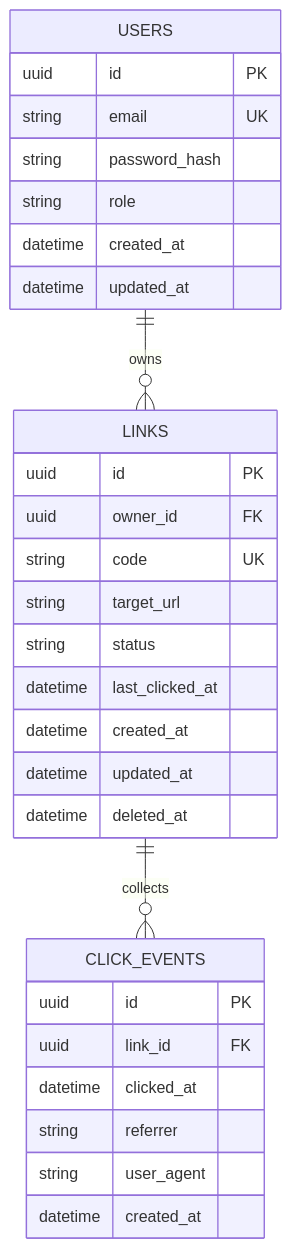
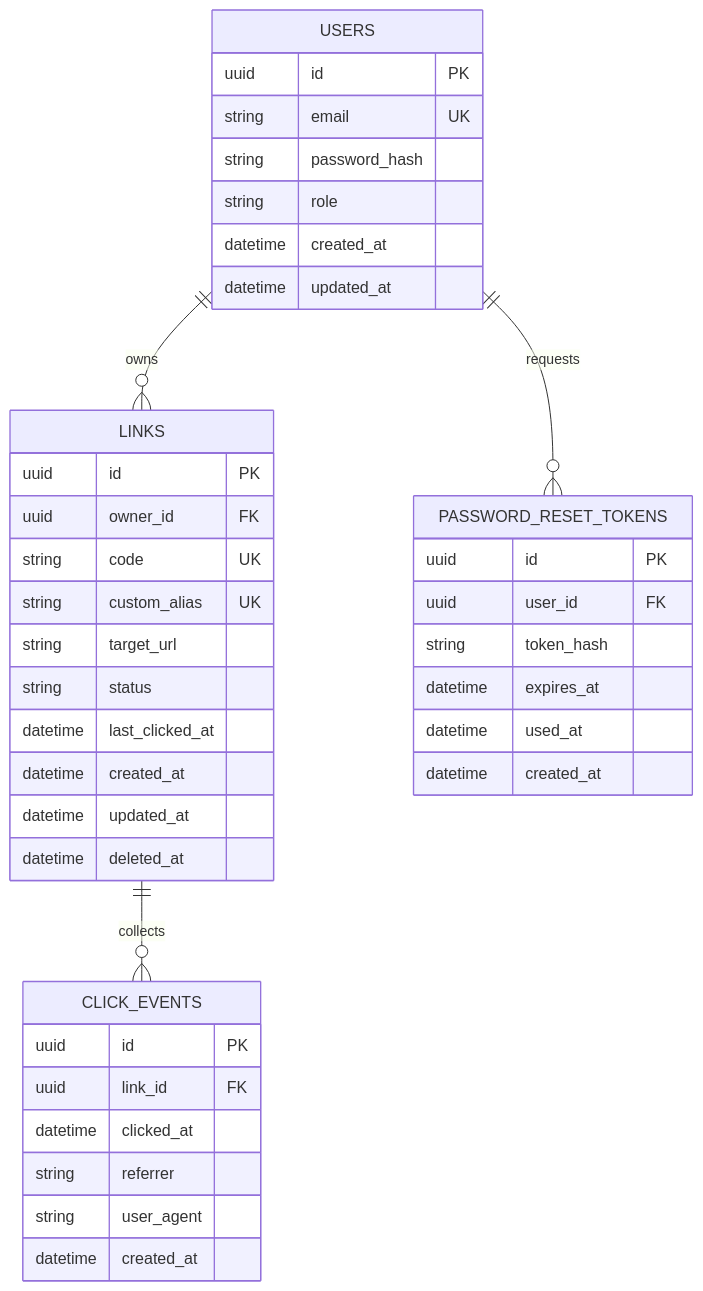
One commit to k3llone/TrackLink changed the second of 2 diagrams in docs/er-diagram.md. Above: the diagram before and after it, drawn with Mermaid. The commit also changed other lines of this file and 33 other files, not shown here.

````diff
--- a/docs/er-diagram.md
+++ b/docs/er-diagram.md
@@ -165,37 +165,48 @@
 ```mermaid
 
 erDiagram
     USERS {
         uuid id PK
         string email UK
         string password_hash
         string role
         datetime created_at
         datetime updated_at
     }
 
     LINKS {
         uuid id PK
         uuid owner_id FK
         string code UK
+        string custom_alias UK
         string target_url
         string status
         datetime last_clicked_at
         datetime created_at
         datetime updated_at
         datetime deleted_at
     }
 
     CLICK_EVENTS {
         uuid id PK
         uuid link_id FK
         datetime clicked_at
         string referrer
         string user_agent
         datetime created_at
     }
 
+    PASSWORD_RESET_TOKENS {
+        uuid id PK
+        uuid user_id FK
+        string token_hash
+        datetime expires_at
+        datetime used_at
+        datetime created_at
+    }
+
     USERS ||--o{ LINKS : owns
     LINKS ||--o{ CLICK_EVENTS : collects
+    USERS ||--o{ PASSWORD_RESET_TOKENS : requests
 
 ```
````
